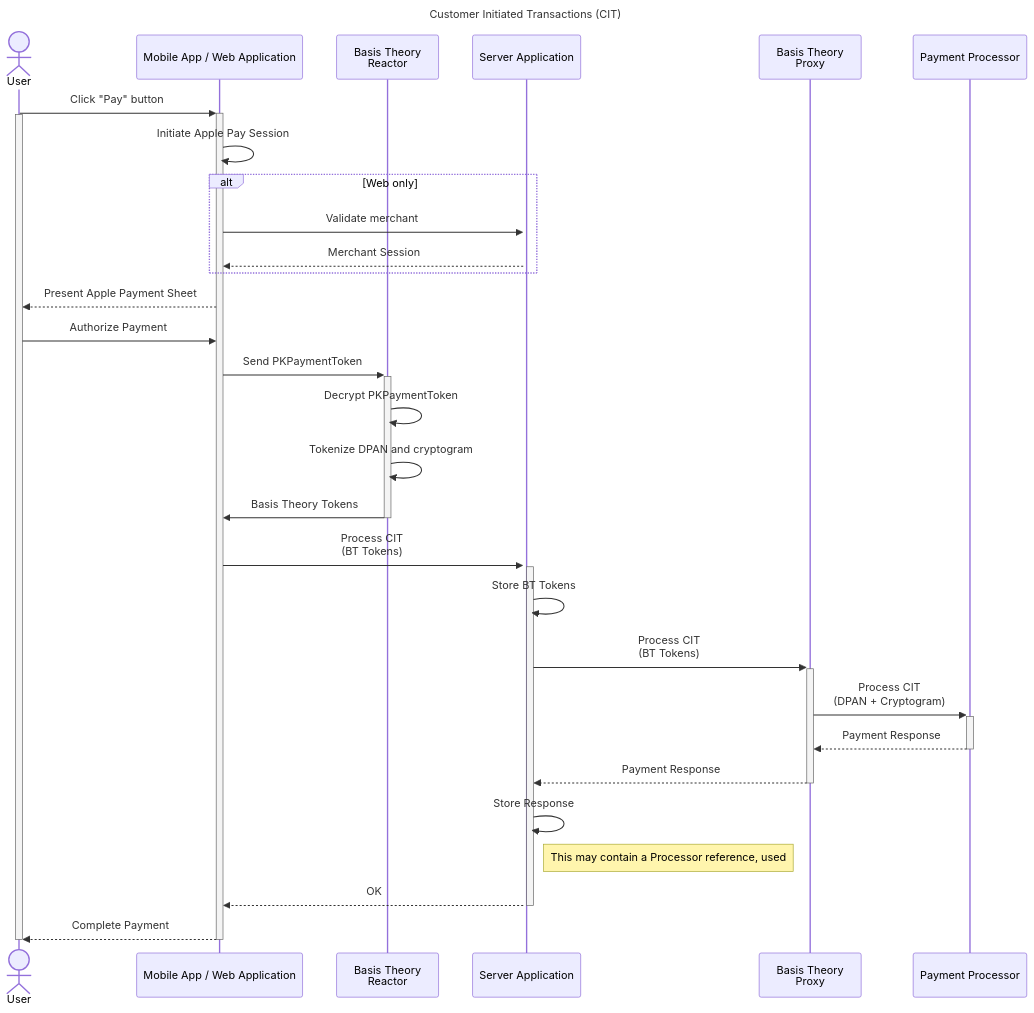
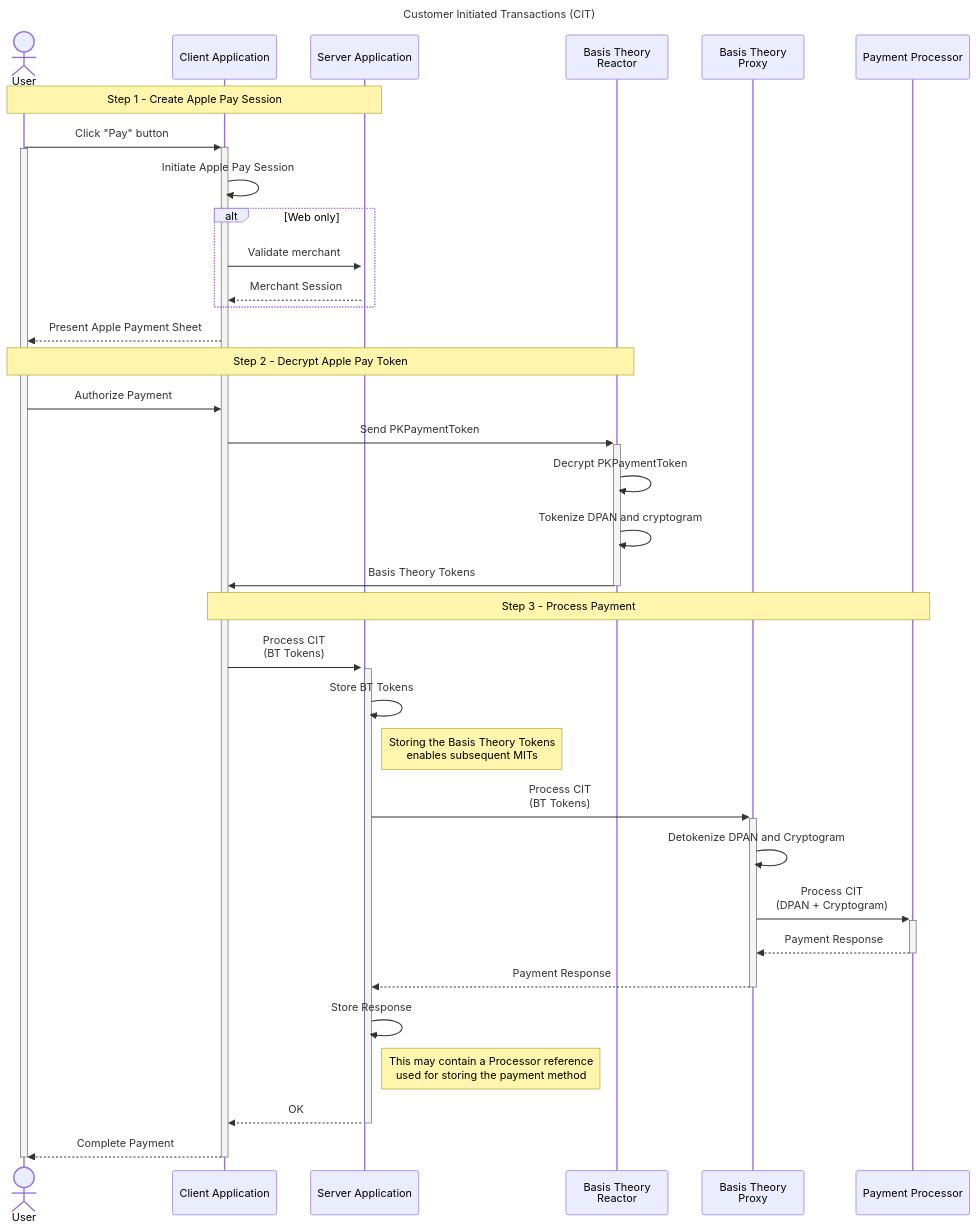
The first of 2 diagrams in docs/guides/apple-pay/accept.mdx (Basis-Theory/developers.basistheory.com), drawn with Mermaid before and after one commit. The commit also changed other lines of this file, not shown here.

````diff
--- a/docs/guides/apple-pay/accept.mdx
+++ b/docs/guides/apple-pay/accept.mdx
@@ -11,36 +27,41 @@
 ```mermaid
   sequenceDiagram
     title Customer Initiated Transactions (CIT)
 
     actor u as User
-    participant app as Mobile App / Web Application
+    participant app as Client Application
+    participant sa as Server Application
     participant btr as Basis Theory <br> Reactor
-    participant sa as Server Application
     participant btp as Basis Theory <br> Proxy
     participant psp as Payment Processor
 
+    note over u, sa: Step 1 - Create Apple Pay Session
     u ->>+ app:  Click "Pay" button
     activate u
     app ->> app: Initiate Apple Pay Session
     alt Web only
         app ->>+ sa: Validate merchant
         sa -->> app: Merchant Session
     end
     app -->> u: Present Apple Payment Sheet
+    note over u, btr: Step 2 - Decrypt Apple Pay Token
     u ->> app: Authorize Payment
     app ->>+ btr: Send PKPaymentToken
     btr ->> btr: Decrypt PKPaymentToken
     btr ->> btr: Tokenize DPAN and cryptogram
     btr ->>- app: Basis Theory Tokens
+    note over app, psp: Step 3 - Process Payment
     app ->>+ sa: Process CIT <br> (BT Tokens)
     sa ->> sa: Store BT Tokens
+    note right of sa: Storing the Basis Theory Tokens <br> enables subsequent MITs
     sa ->>+ btp: Process CIT <br> (BT Tokens)
+    btp ->> btp: Detokenize DPAN and Cryptogram
     btp ->>+ psp: Process CIT <br> (DPAN + Cryptogram)
     psp -->>- btp: Payment Response
     btp -->>- sa: Payment Response
     sa ->> sa: Store Response
-    note right of sa: This may contain a Processor reference, used
+    note right of sa: This may contain a Processor reference <br> used for storing the payment method
     sa -->>- app: OK
     app -->>- u: Complete Payment
     deactivate u
 ```
````
